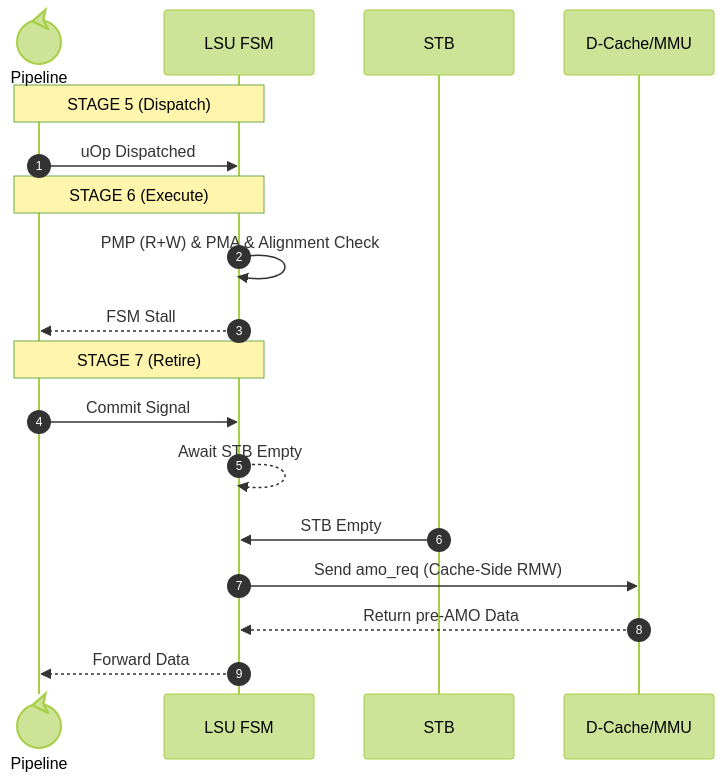
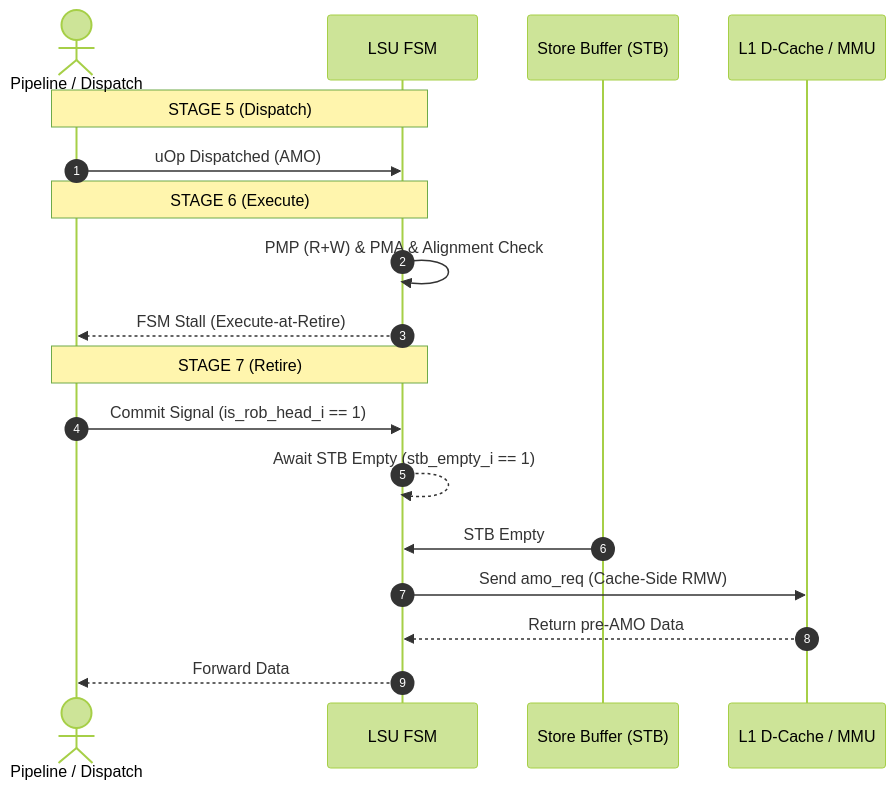
One commit to AGH-Logic-Unit/pv-crab-core changed the third of 3 diagrams in docs/uarch/execute/lsu/overview.md. Above: the diagram before and after it, drawn with Mermaid (forest theme). The commit also changed other lines of this file and 7 other files, not shown here.

````diff
--- a/docs/uarch/execute/lsu/overview.md
+++ b/docs/uarch/execute/lsu/overview.md
@@ -203,22 +226,22 @@
 ```mermaid
 sequenceDiagram
     autonumber
-    actor PIPE@{"type": "control", "alias": "Pipeline"}
-    participant LSO as LSU FSM
-    participant STB as STB
-    participant CACHE as D-Cache/MMU
+    actor PIPE as Pipeline / Dispatch
+    participant LSU as LSU FSM
+    participant STB as Store Buffer (STB)
+    participant CACHE as L1 D-Cache / MMU
 
-    Note over PIPE,LSO: STAGE 5 (Dispatch)
-        PIPE->>LSO: uOp Dispatched
-    Note over PIPE,LSO: STAGE 6 (Execute)
-        LSO->>LSO: PMP (R+W) & PMA & Alignment Check
-        LSO-->>PIPE: FSM Stall
+    Note over PIPE,LSU: STAGE 5 (Dispatch)
+        PIPE->>LSU: uOp Dispatched (AMO)
+    Note over PIPE,LSU: STAGE 6 (Execute)
+        LSU->>LSU: PMP (R+W) & PMA & Alignment Check
+        LSU-->>PIPE: FSM Stall (Execute-at-Retire)
 
-    Note over PIPE,LSO: STAGE 7 (Retire)
-        PIPE->>LSO: Commit Signal
-        LSO-->>LSO: Await STB Empty
-        STB->>LSO: STB Empty
-        LSO->>CACHE: Send amo_req (Cache-Side RMW)
-        CACHE-->>LSO: Return pre-AMO Data
-        LSO-->>PIPE: Forward Data
+    Note over PIPE,LSU: STAGE 7 (Retire)
+        PIPE->>LSU: Commit Signal (is_rob_head_i == 1)
+        LSU-->>LSU: Await STB Empty (stb_empty_i == 1)
+        STB->>LSU: STB Empty
+        LSU->>CACHE: Send amo_req (Cache-Side RMW)
+        CACHE-->>LSU: Return pre-AMO Data
+        LSU-->>PIPE: Forward Data
 ```
````
